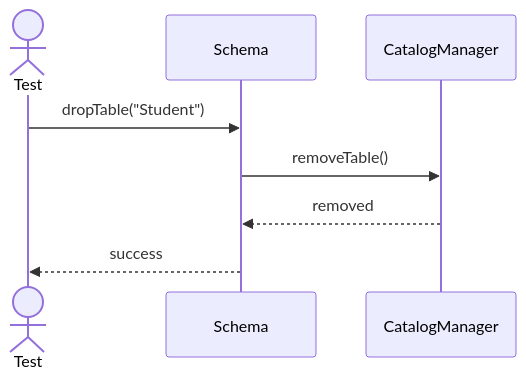
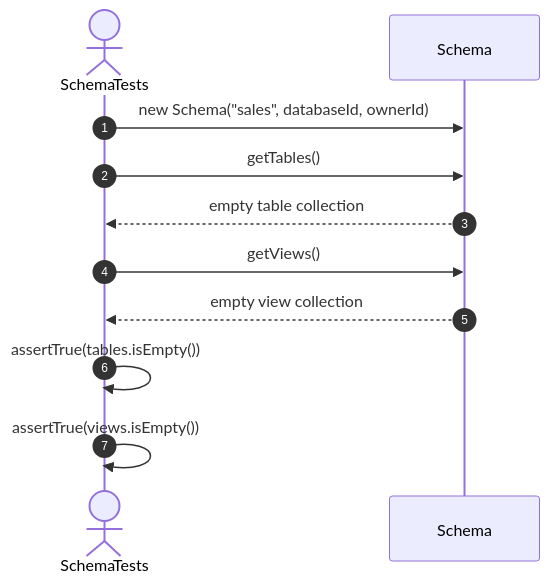
Before and after one commit to FhuAnn/-bbv-AN-s-DBMS: the third of 15 diagrams in src/tests/unit/metadata/sequences/schemas-testing-sequences.md, drawn with Mermaid. The commit also changed other lines of this file and 60 other files, not shown here.

Commit message:
refactor data table, row, column, constraint, index test file

````diff
--- a/src/tests/unit/metadata/sequences/schemas-testing-sequences.md
+++ b/src/tests/unit/metadata/sequences/schemas-testing-sequences.md
@@ -50,14 +48,15 @@
 ```mermaid
 sequenceDiagram
-actor Test
-participant Schema
-participant CatalogManager
+    autonumber
+    actor Test as SchemaTests
+    participant Schema as Schema
 
-Test->>Schema: dropTable("Student")
+    Test->>Schema: new Schema("sales", databaseId, ownerId)
+    Test->>Schema: getTables()
+    Schema-->>Test: empty table collection
+    Test->>Schema: getViews()
+    Schema-->>Test: empty view collection
 
-Schema->>CatalogManager: removeTable()
-
-CatalogManager-->>Schema: removed
-
-Schema-->>Test: success
+    Test->>Test: assertTrue(tables.isEmpty())
+    Test->>Test: assertTrue(views.isEmpty())
 ```
````
